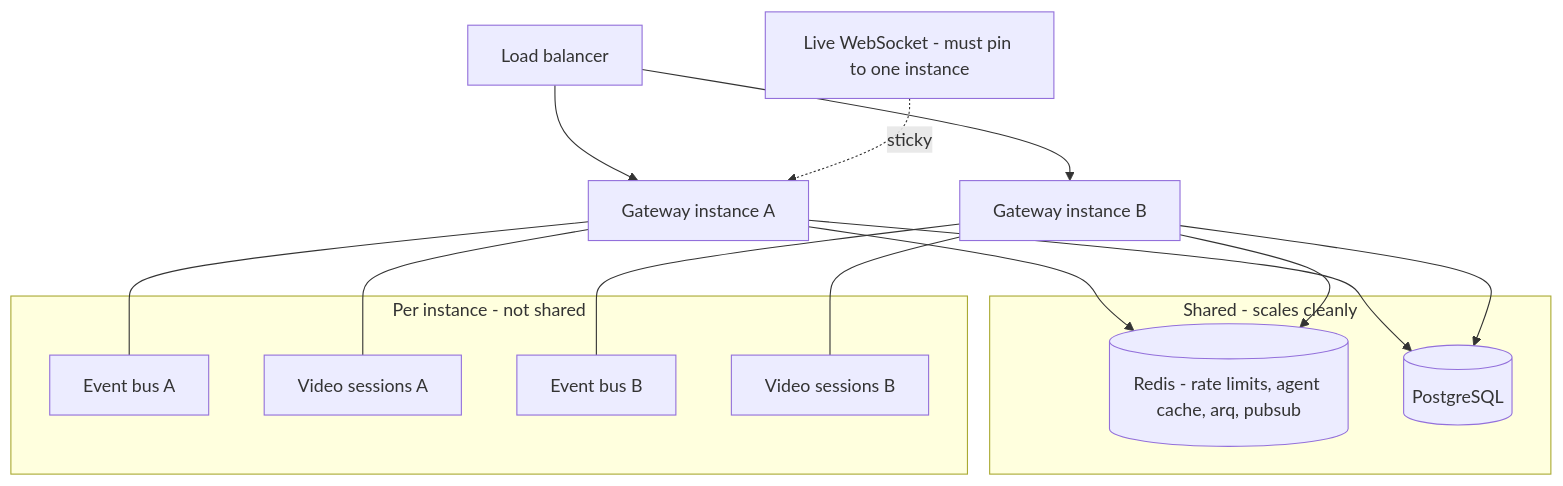
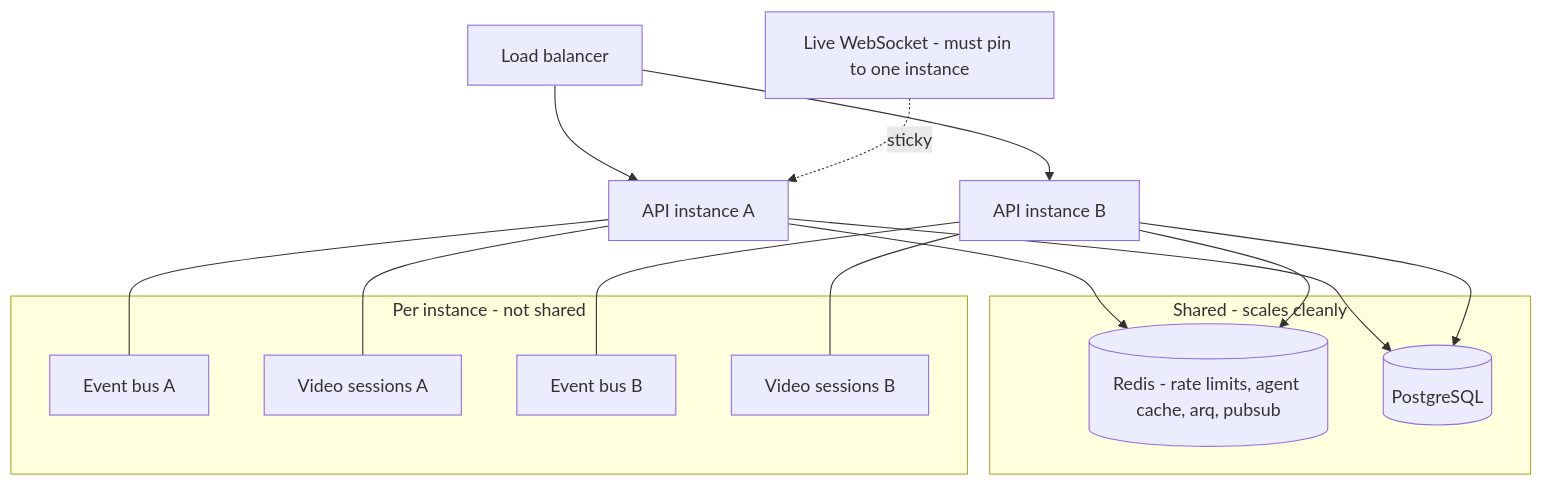
Before and after one commit to gondolerahul/hire-buddha-app: diagram 22 of 22 in docs/current/13-gateway-and-realtime.md, drawn with Mermaid. The commit also changed other lines of this file and 61 other files, not shown here.

````diff
--- a/docs/current/13-gateway-and-realtime.md
+++ b/docs/current/13-gateway-and-realtime.md
@@ -1672,28 +1403,28 @@
 ```mermaid
 graph TB
-    LB["Load balancer"] --> G1["Gateway instance A"]
-    LB --> G2["Gateway instance B"]
+    LB["Load balancer"] --> G1["API instance A"]
+    LB --> G2["API instance B"]
 
     subgraph SharedOK["Shared - scales cleanly"]
         RD[("Redis - rate limits, agent cache, arq, pubsub")]
         PG[("PostgreSQL")]
     end
 
     subgraph PerInstance["Per instance - not shared"]
         B1["Event bus A"]
         V1["Video sessions A"]
         B2["Event bus B"]
         V2["Video sessions B"]
     end
 
     G1 --> RD
     G2 --> RD
     G1 --> PG
     G2 --> PG
     G1 --- B1
     G1 --- V1
     G2 --- B2
     G2 --- V2
 
     WSC["Live WebSocket - must pin to one instance"] -.sticky.-> G1
 ```
````
